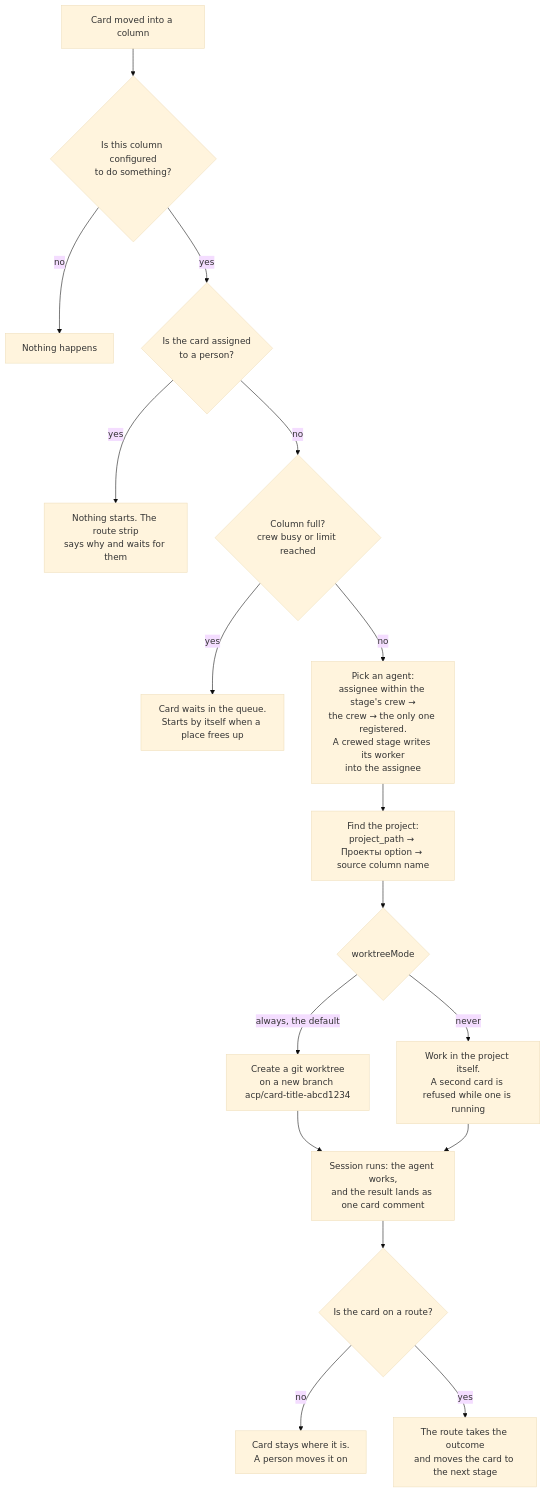
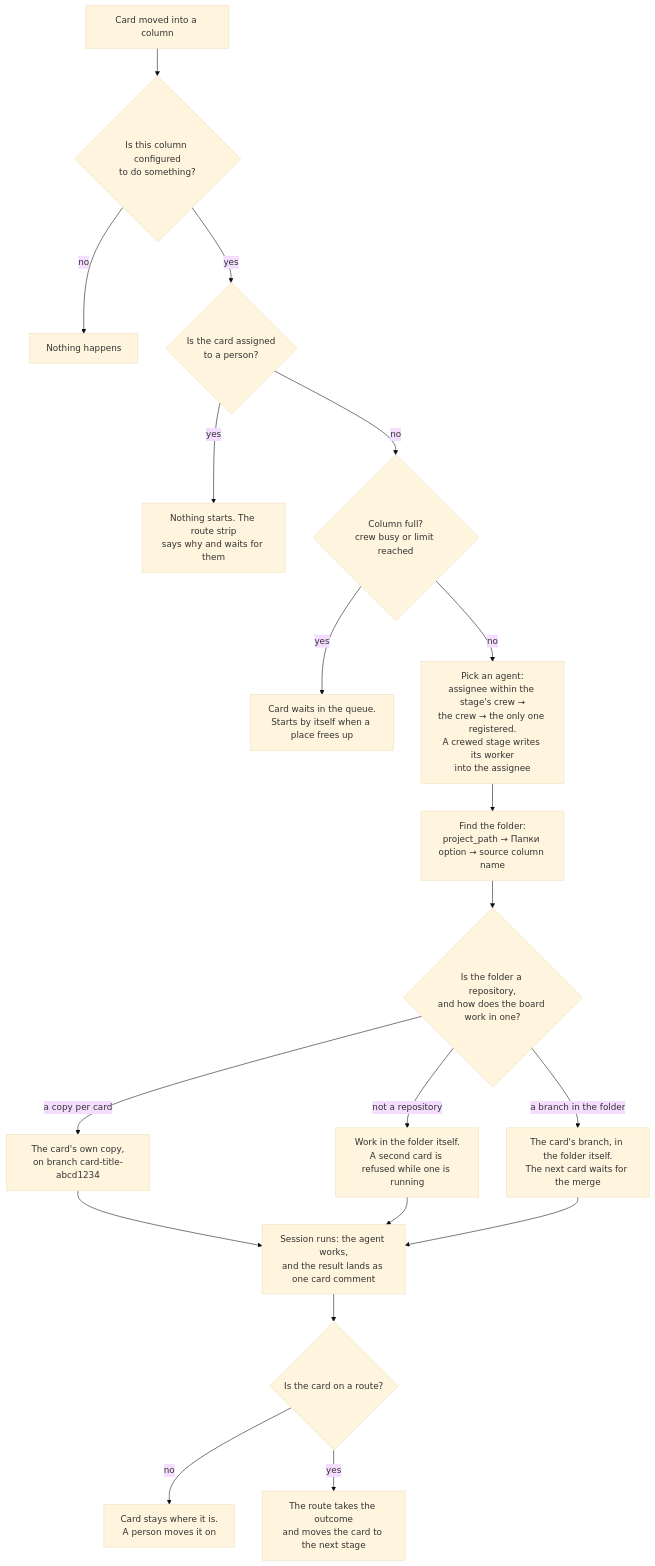
Before and after one commit to artipop/xciii: the first of 5 diagrams in docs/flows.md, drawn with Mermaid (base theme). The commit also changed other lines of this file and 106 other files, not shown here.

````diff
--- a/docs/flows.md
+++ b/docs/flows.md
@@ -158,19 +158,21 @@
 ```mermaid
 flowchart TD
     A["Card moved into a column"] --> B{"Is this column configured<br/>to do something?"}
     B -- no --> Z["Nothing happens"]
     B -- yes --> C{"Is the card assigned<br/>to a person?"}
     C -- yes --> Z2["Nothing starts. The route strip<br/>says why and waits for them"]
     C -- no --> D{"Column full?<br/>crew busy or limit reached"}
     D -- yes --> Q["Card waits in the queue.<br/>Starts by itself when a place frees up"]
     D -- no --> E["Pick an agent:<br/>assignee within the stage's crew →<br/>the crew → the only one registered.<br/>A crewed stage writes its worker<br/>into the assignee"]
-    E --> F["Find the project:<br/>project_path → Проекты option → source column name"]
-    F --> G{"worktreeMode"}
-    G -- always, the default --> H["Create a git worktree<br/>on a new branch acp/card-title-abcd1234"]
-    G -- never --> I["Work in the project itself.<br/>A second card is refused while one is running"]
+    E --> F["Find the folder:<br/>project_path → Папки option → source column name"]
+    F --> G{"Is the folder a repository,<br/>and how does the board work in one?"}
+    G -- "not a repository" --> I["Work in the folder itself.<br/>A second card is refused while one is running"]
+    G -- "a copy per card" --> H["The card's own copy,<br/>on branch card-title-abcd1234"]
+    G -- "a branch in the folder" --> N["The card's branch, in the folder itself.<br/>The next card waits for the merge"]
     H --> J["Session runs: the agent works,<br/>and the result lands as one card comment"]
     I --> J
+    N --> J
     J --> K{"Is the card on a route?"}
     K -- no --> L["Card stays where it is.<br/>A person moves it on"]
     K -- yes --> M["The route takes the outcome<br/>and moves the card to the next stage"]
 ```
````
